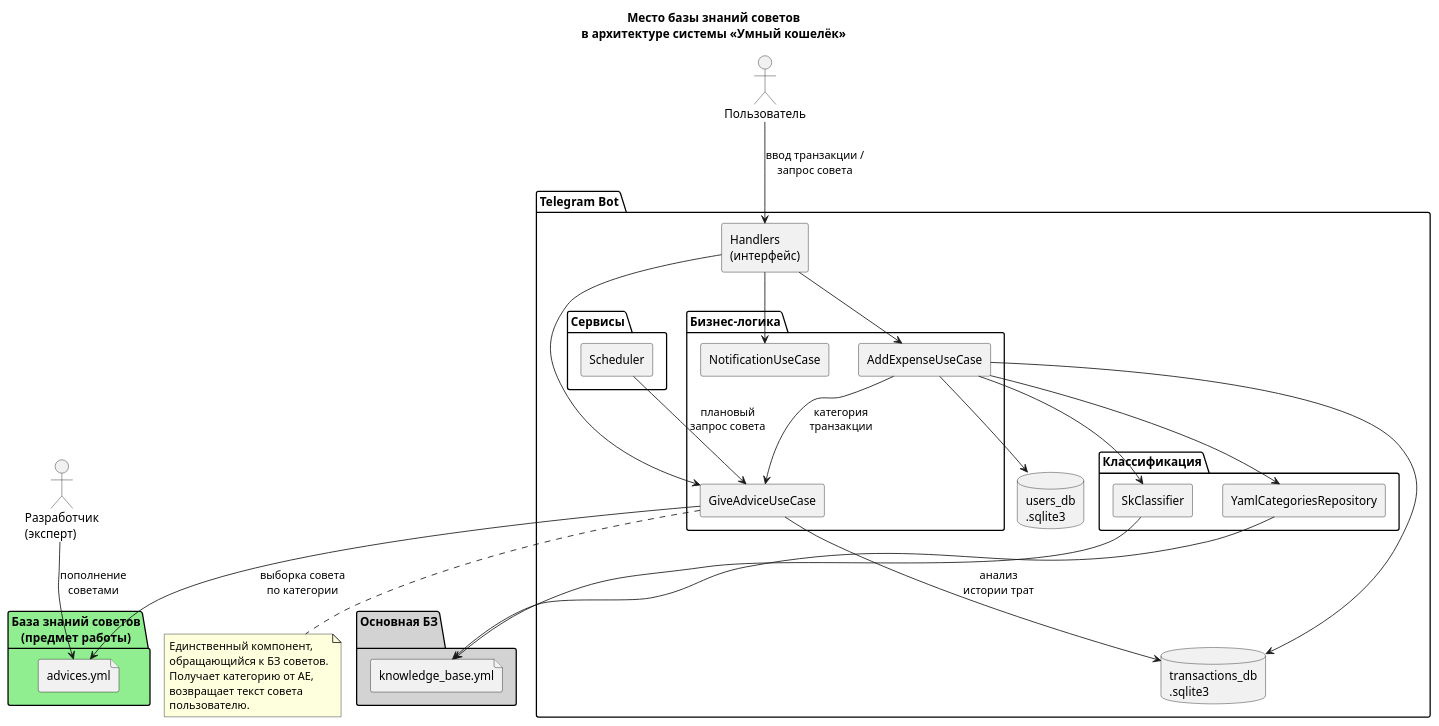
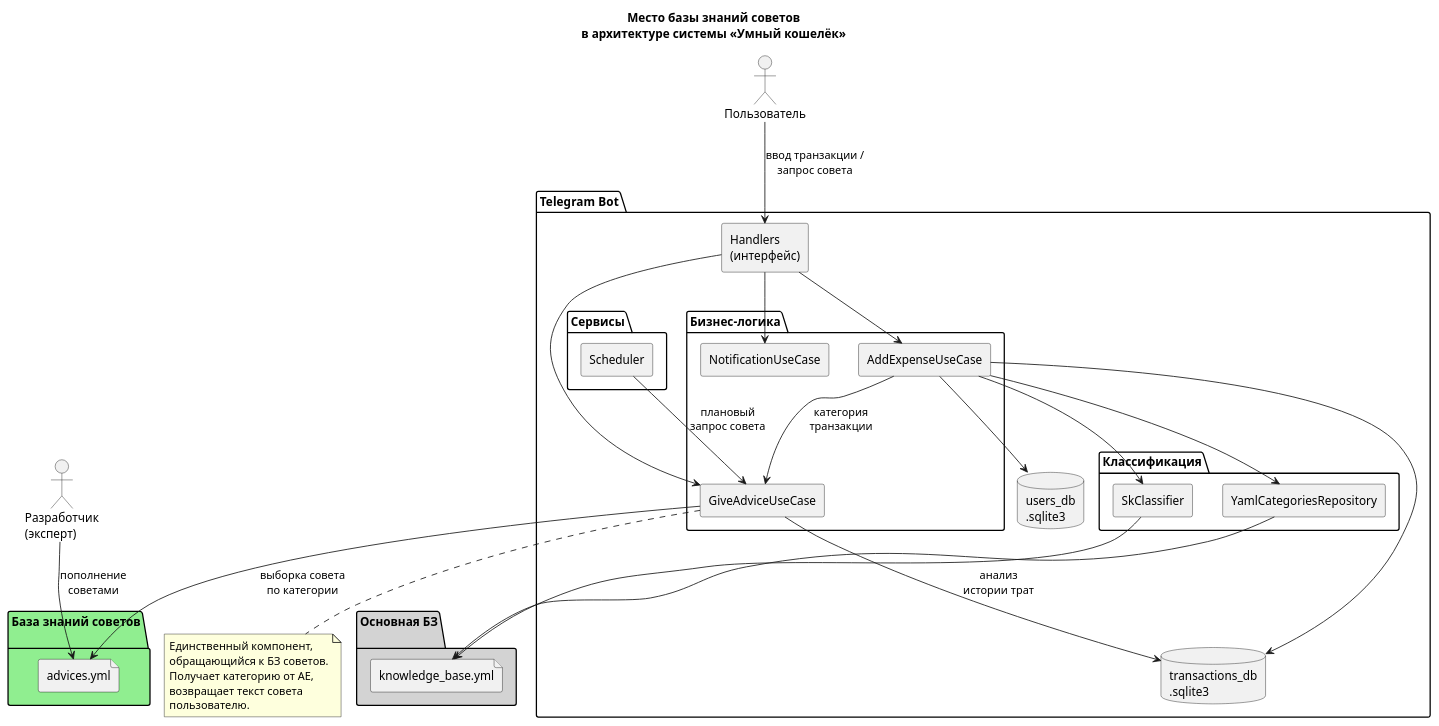
The diagram in diagrams/component_advice.puml (dekada314/SmartWallet), drawn with PlantUML before and after one commit. The commit also changed 2 other files, not shown here.

```diff
--- a/diagrams/component_advice.puml
+++ b/diagrams/component_advice.puml
@@ -1,72 +1,72 @@
 @startuml
 skinparam componentStyle rectangle
 skinparam defaultFontName Arial
 skinparam backgroundColor white
 
 title Место базы знаний советов\nв архитектуре системы «Умный кошелёк»
 
 actor "Пользователь" as User
 actor "Разработчик\n(эксперт)" as Dev
 
 package "Telegram Bot" {
 
     [Handlers\n(интерфейс)] as H
 
     package "Бизнес-логика" {
         [AddExpenseUseCase] as AE
         [GiveAdviceUseCase] as GA
         [NotificationUseCase] as NA
     }
 
     package "Классификация" {
         [YamlCategoriesRepository] as YCR
         [SkClassifier] as ML
     }
 
     package "Сервисы" {
         [Scheduler] as SC
     }
 
     database "transactions_db\n.sqlite3" as TDB
     database "users_db\n.sqlite3" as UDB
 }
 
-package "База знаний советов\n(предмет работы)" #LightGreen {
+package "База знаний советов\n" #LightGreen {
     file "advices.yml" as AKB
 }
 
 package "Основная БЗ\n" #LightGray {
     file "knowledge_base.yml" as KB
 }
 
 User  --> H       : ввод транзакции /\nзапрос совета
 Dev   --> AKB     : пополнение\nсоветами
 
 H  --> AE
 H  --> GA
 H  --> NA
 
 AE --> YCR
 AE --> ML
 AE --> TDB
 AE --> UDB
 
 YCR --> KB
 ML  --> KB
 
 AE --> GA         : категория\nтранзакции
 
 GA --> AKB        : выборка совета\nпо категории
 GA --> TDB        : анализ\nистории трат
 
 SC --> GA         : плановый\nзапрос совета
 
 note bottom of GA
   Единственный компонент,
   обращающийся к БЗ советов.
   Получает категорию от AE,
   возвращает текст совета
   пользователю.
 end note
 
 @enduml
```
